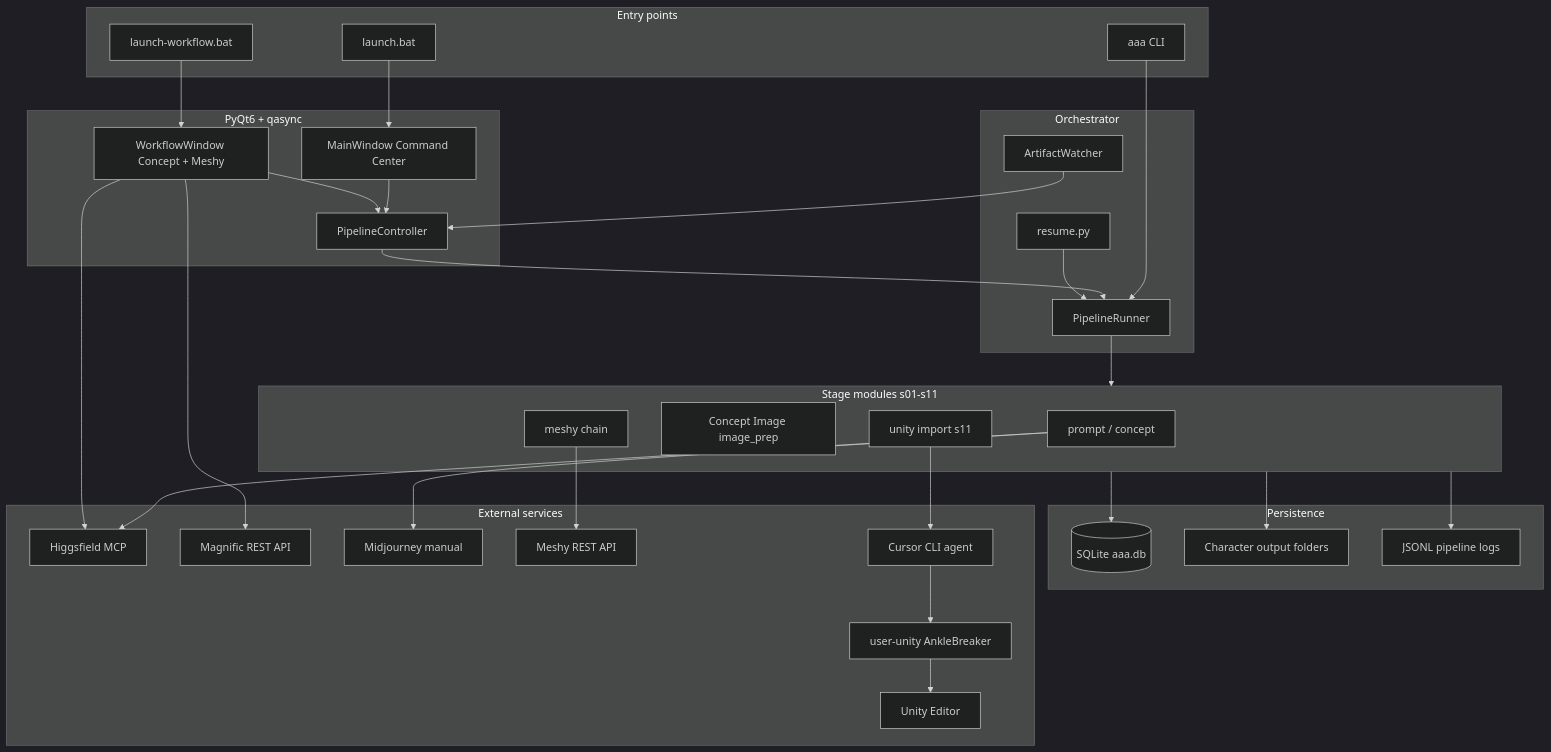
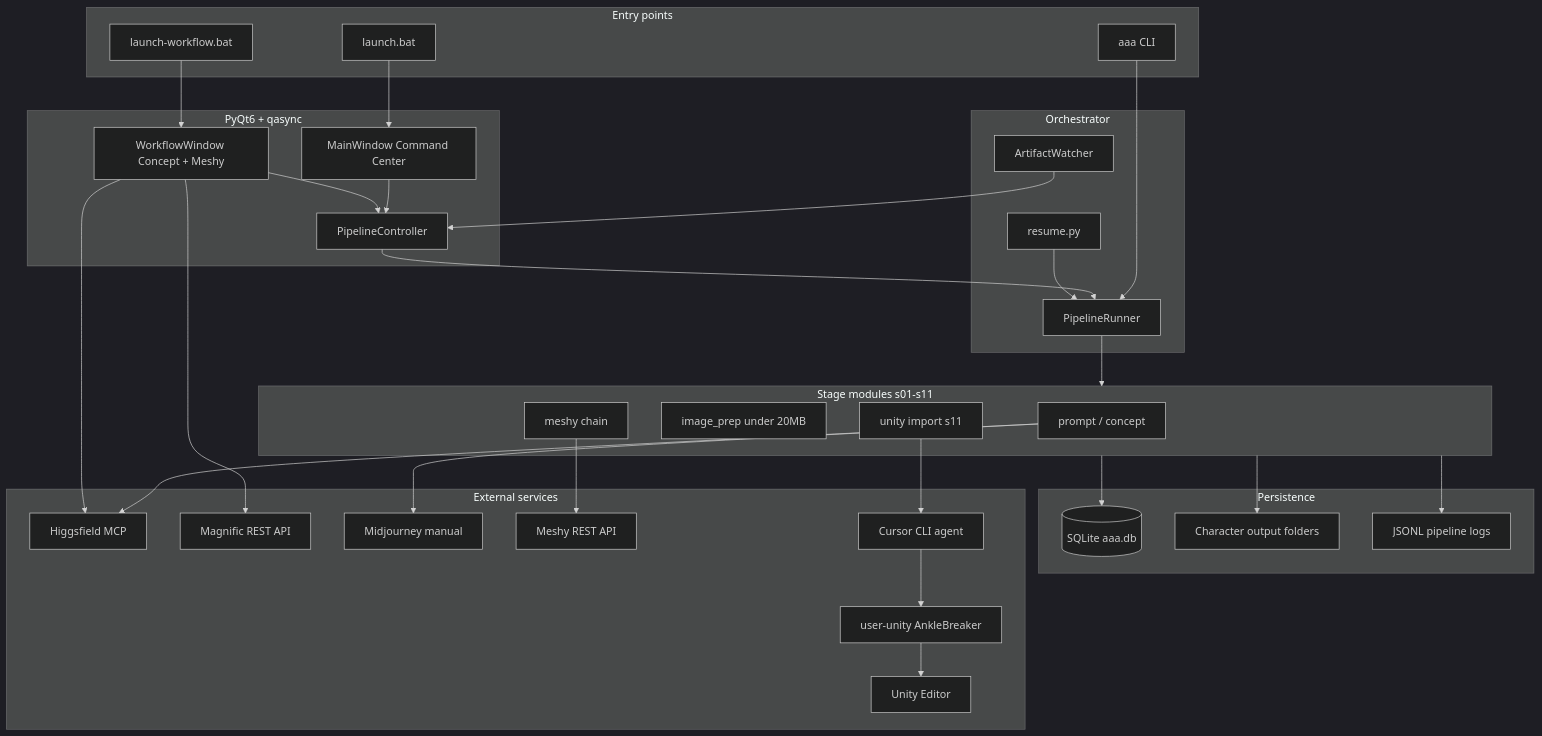
One commit to EazyTom/asset-assembly-automator changed the second of 7 diagrams in README.md. Above: the diagram before and after it, drawn with Mermaid (dark theme). The commit also changed other lines of this file and 21 other files, not shown here.

````diff
--- a/README.md
+++ b/README.md
@@ -97,56 +99,56 @@
 ```mermaid
 flowchart TB
     subgraph entry [Entry points]
         LB[launch.bat]
         LWF[launch-workflow.bat]
         CLI[aaa CLI]
     end
     subgraph gui [PyQt6 + qasync]
         MW[MainWindow Command Center]
         WW[WorkflowWindow Concept + Meshy]
         PC[PipelineController]
     end
     subgraph orch [Orchestrator]
         PR[PipelineRunner]
         RS[resume.py]
         AW[ArtifactWatcher]
     end
     subgraph stages [Stage modules s01-s11]
         S1[prompt / concept]
-        S2[Concept Image image_prep]
+        S2[image_prep under 20MB]
         S3[meshy chain]
         S4[unity import s11]
     end
     subgraph data [Persistence]
         DB[(SQLite aaa.db)]
         OUT[Character output folders]
         LOG[JSONL pipeline logs]
     end
     subgraph external [External services]
         HF[Higgsfield MCP]
         MAG[Magnific REST API]
         MJ[Midjourney manual]
         MS[Meshy REST API]
         CUR[Cursor CLI agent]
         UMC[user-unity AnkleBreaker]
         UE[Unity Editor]
     end
     LB --> MW
     LWF --> WW
     CLI --> PR
     MW --> PC
     WW --> PC
     PC --> PR
     PR --> stages
     stages --> DB
     stages --> OUT
     stages --> LOG
     S1 --> HF
     WW --> HF
     WW --> MAG
     S1 --> MJ
     S3 --> MS
     S4 --> CUR --> UMC --> UE
     AW --> PC
     RS --> PR
 ```
````
